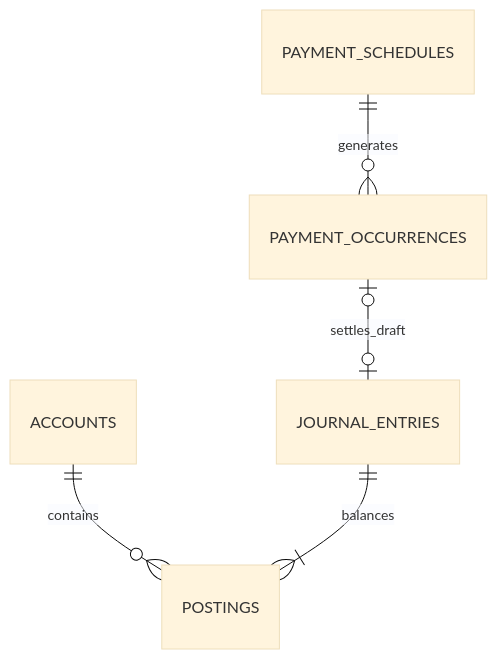
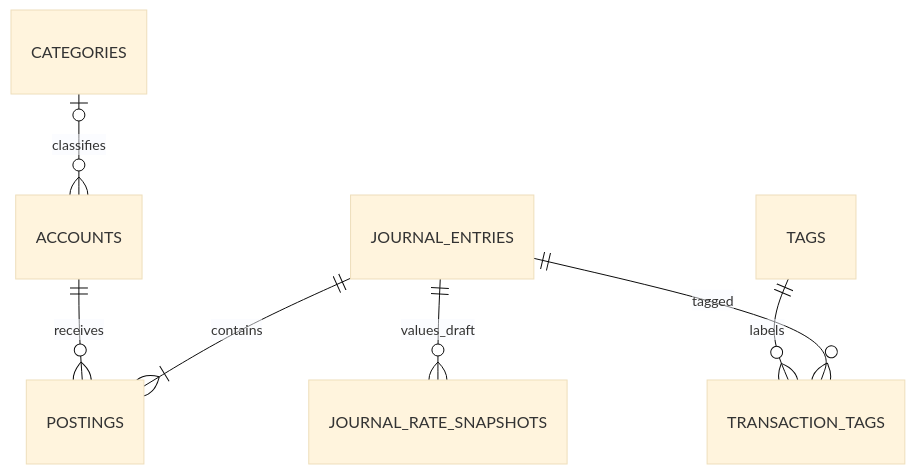
One commit to ardaongl/Sumlune changed the diagram in docs/architecture/DATABASE.md. Above: the diagram before and after it, drawn with Mermaid (base theme). The commit also changed other lines of this file and 11 other files, not shown here.

Commit message:
docs: accept hybrid currency model and draft database schema

````diff
--- a/docs/architecture/DATABASE.md
+++ b/docs/architecture/DATABASE.md
@@ -14,7 +25,9 @@
 ```mermaid
 erDiagram
-  ACCOUNTS ||--o{ POSTINGS : contains
-  JOURNAL_ENTRIES ||--|{ POSTINGS : balances
-  PAYMENT_SCHEDULES ||--o{ PAYMENT_OCCURRENCES : generates
-  PAYMENT_OCCURRENCES o|--o| JOURNAL_ENTRIES : settles_draft
+  JOURNAL_ENTRIES ||--|{ POSTINGS : contains
+  ACCOUNTS ||--o{ POSTINGS : receives
+  CATEGORIES o|--o{ ACCOUNTS : classifies
+  JOURNAL_ENTRIES ||--o{ TRANSACTION_TAGS : tagged
+  TAGS ||--o{ TRANSACTION_TAGS : labels
+  JOURNAL_ENTRIES ||--o{ JOURNAL_RATE_SNAPSHOTS : values_draft
 ```
````
